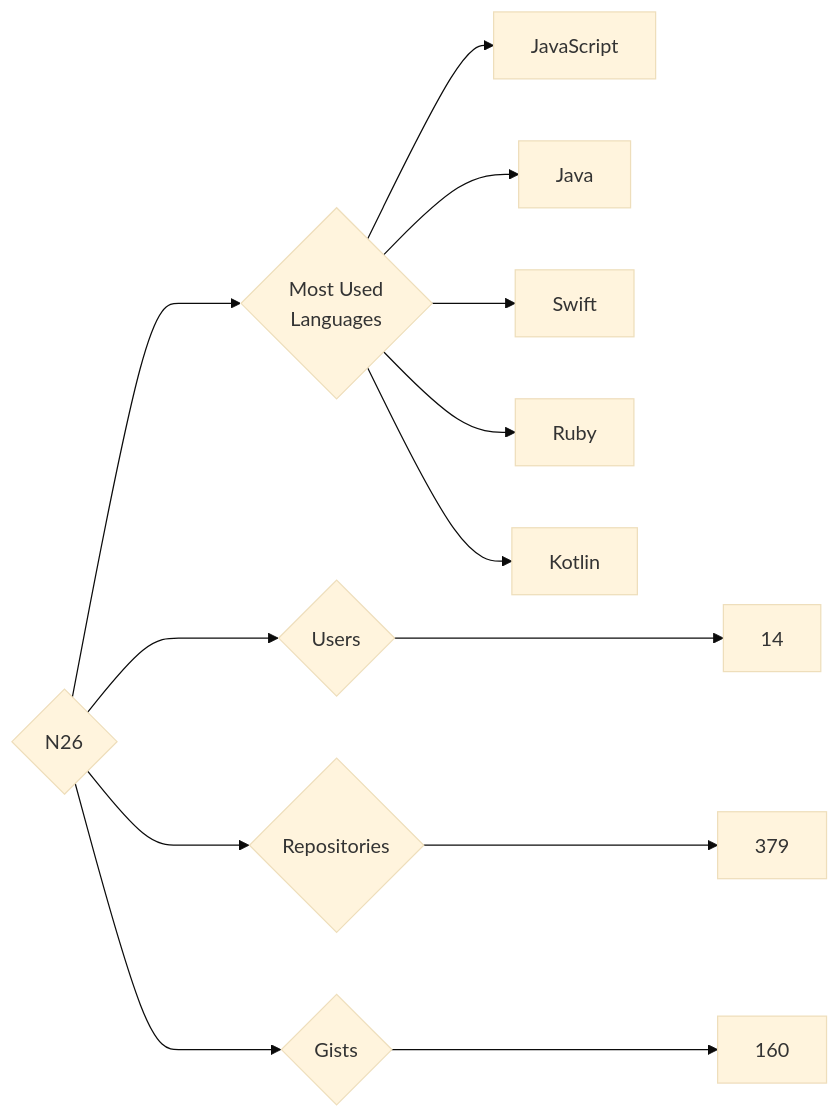
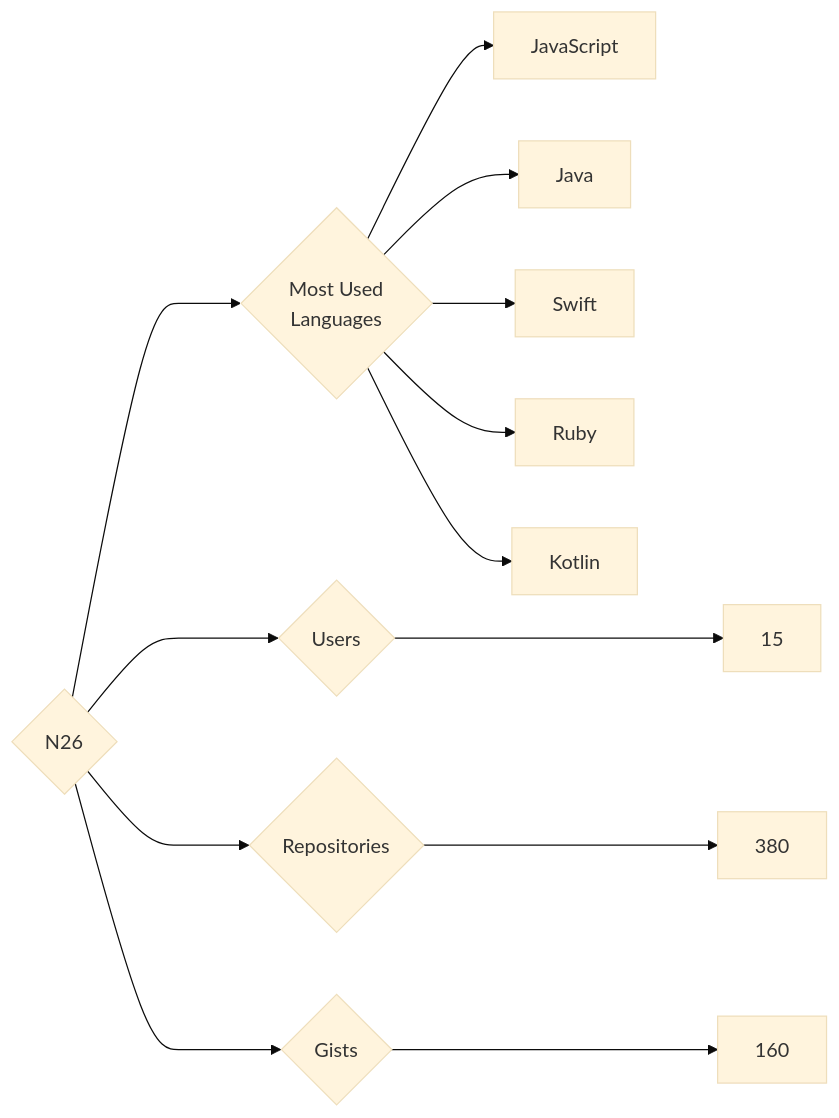
One commit to trickest/insiders changed the diagram in targets/N26/README.md. Above: the diagram before and after it, drawn with Mermaid (base theme). The commit also changed 1479 other files, not shown here.

````diff
--- a/targets/N26/README.md
+++ b/targets/N26/README.md
@@ -3,13 +3,13 @@
 ```mermaid
 graph LR
 COMPANY_NAME{N26}
-COMPANY_NAME ---> U{Users} ---> UN[14]
-COMPANY_NAME ---> R{Repositories} ---> RN[379]
+COMPANY_NAME ---> U{Users} ---> UN[15]
+COMPANY_NAME ---> R{Repositories} ---> RN[380]
 COMPANY_NAME ---> G{Gists} ---> GN[160]
 COMPANY_NAME ---> ML{Most Used<br>Languages}
 ML --> JavaScript[JavaScript]
 ML --> Java[Java]
 ML --> Swift[Swift]
 ML --> Ruby[Ruby]
 ML --> Kotlin[Kotlin]
 ```
````
